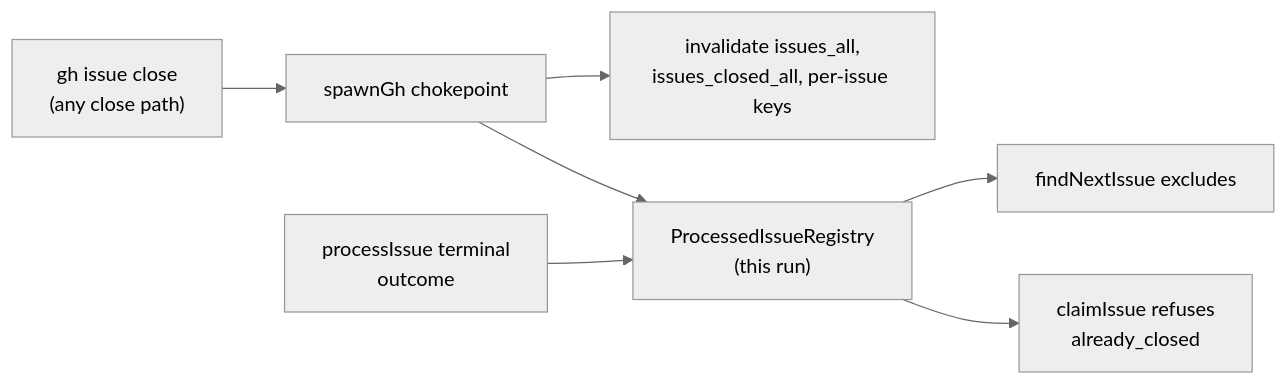
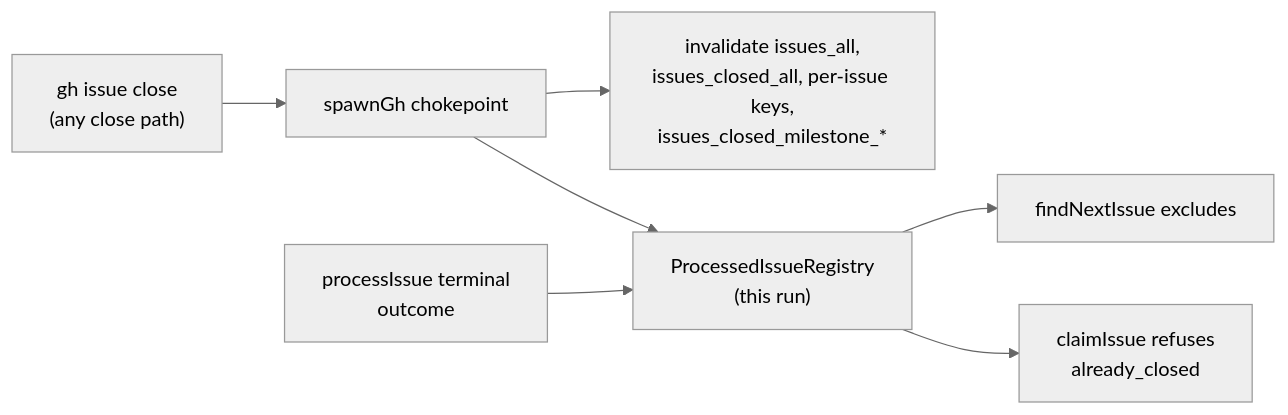
One commit to stSoftwareAU/VibeCoder changed the fourth of 5 diagrams in docs/GH-API-OPTIMISATION.md. Above: the diagram before and after it, drawn with Mermaid (neutral theme). The commit also changed other lines of this file and 8 other files, not shown here.

First line of the commit message:
Drop per-milestone closed lists on a worker close or reopen (#3662)

````diff
--- a/docs/GH-API-OPTIMISATION.md
+++ b/docs/GH-API-OPTIMISATION.md
@@ -390,9 +393,9 @@
 ```mermaid
 flowchart LR
     C["gh issue close<br/>(any close path)"] --> S["spawnGh chokepoint"]
-    S --> I["invalidate issues_all,<br/>issues_closed_all, per-issue keys"]
+    S --> I["invalidate issues_all,<br/>issues_closed_all, per-issue keys,<br/>issues_closed_milestone_*"]
     S --> R["ProcessedIssueRegistry<br/>(this run)"]
     P["processIssue terminal<br/>outcome"] --> R
     R --> F["findNextIssue excludes"]
     R --> K["claimIssue refuses<br/>already_closed"]
 ```
````
